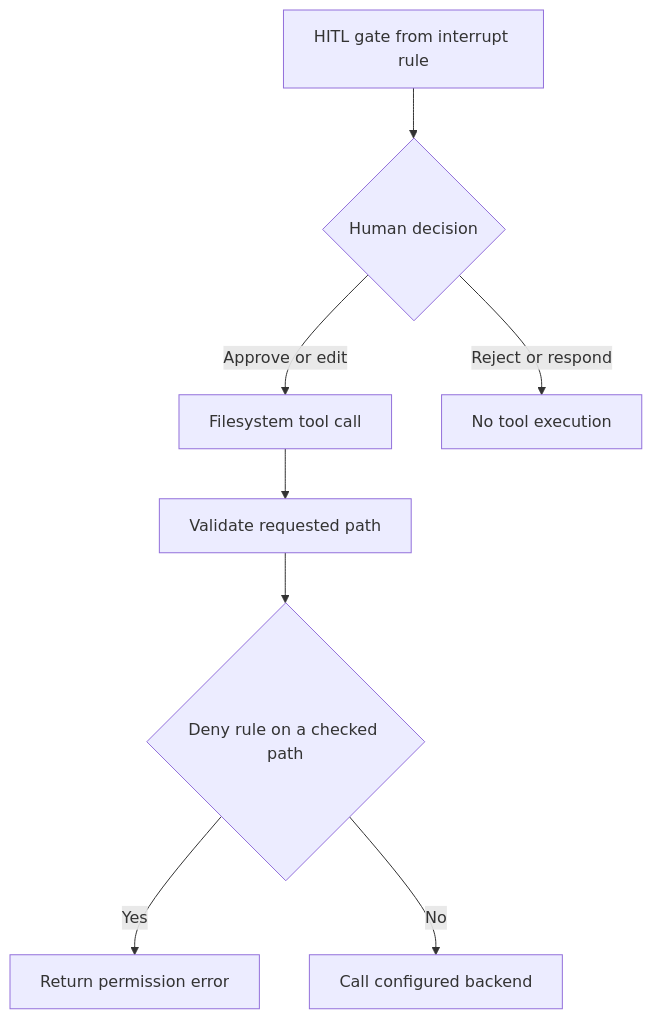
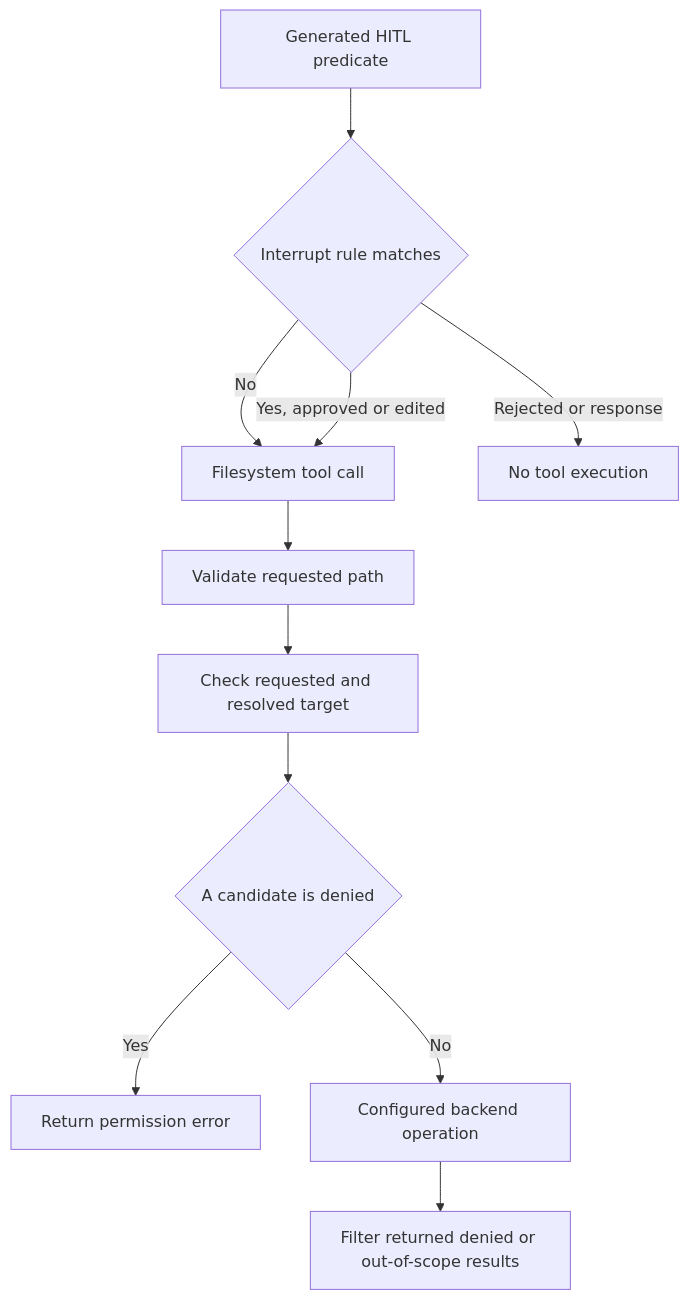
One commit to langchain-ai/deepagents changed the diagram in openwiki/concepts/permissions-hitl.md. Above: the diagram before and after it, drawn with Mermaid. The commit also changed other lines of this file and 38 other files, not shown here.

````diff
--- a/openwiki/concepts/permissions-hitl.md
+++ b/openwiki/concepts/permissions-hitl.md
@@ -45,10 +49,13 @@
 ```mermaid
 flowchart TD
-    Call["Filesystem tool call"] --> Validate["Validate requested path"]
-    Validate --> Deny{"Deny rule on a checked path"}
-    Deny -->|"Yes"| Error["Return permission error"]
-    Deny -->|"No"| Run["Call configured backend"]
-    Gate["HITL gate from interrupt rule"] --> Decision{"Human decision"}
-    Decision -->|"Approve or edit"| Call
-    Decision -->|"Reject or respond"| Stop["No tool execution"]
+    Review["Generated HITL predicate"] --> Gate{"Interrupt rule matches"}
+    Gate -->|"No"| Call["Filesystem tool call"]
+    Gate -->|"Yes, approved or edited"| Call
+    Gate -->|"Rejected or response"| Halt["No tool execution"]
+    Call --> Validate["Validate requested path"]
+    Validate --> Check["Check requested and resolved target"]
+    Check --> Denied{"A candidate is denied"}
+    Denied -->|"Yes"| Error["Return permission error"]
+    Denied -->|"No"| Backend["Configured backend operation"]
+    Backend --> Filter["Filter returned denied or out-of-scope results"]
 ```
````
